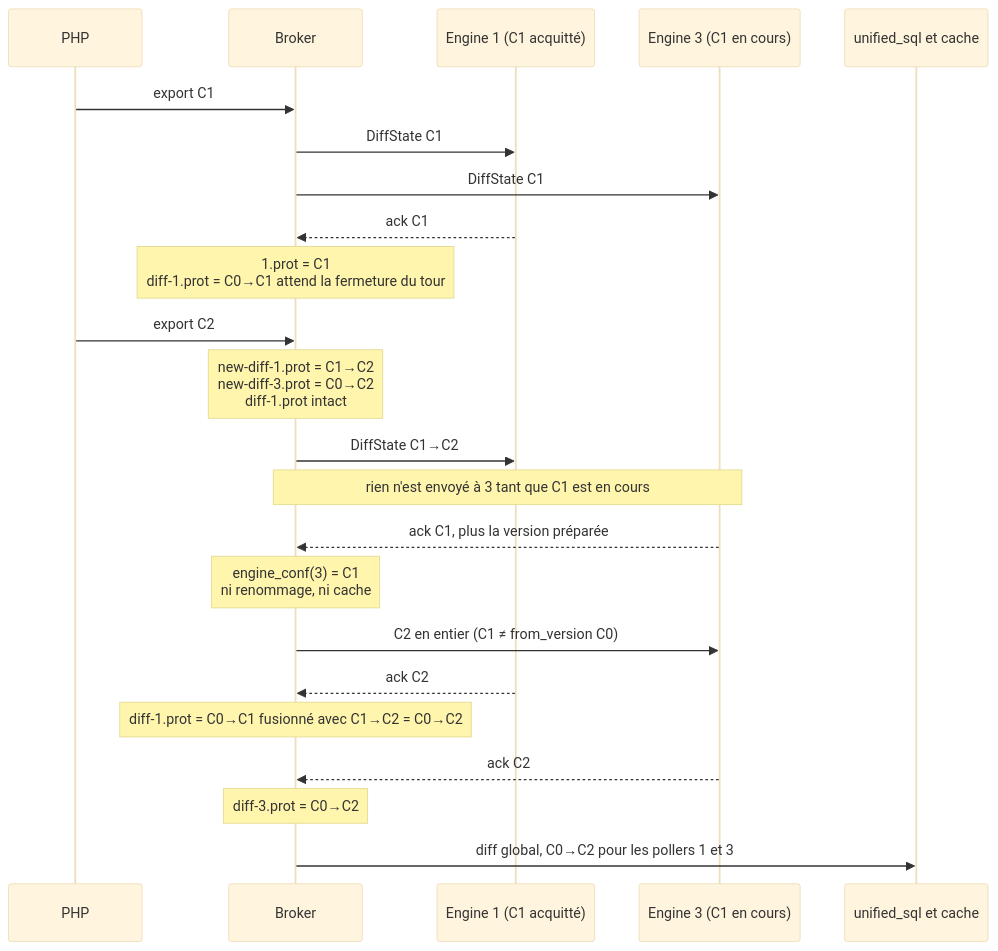
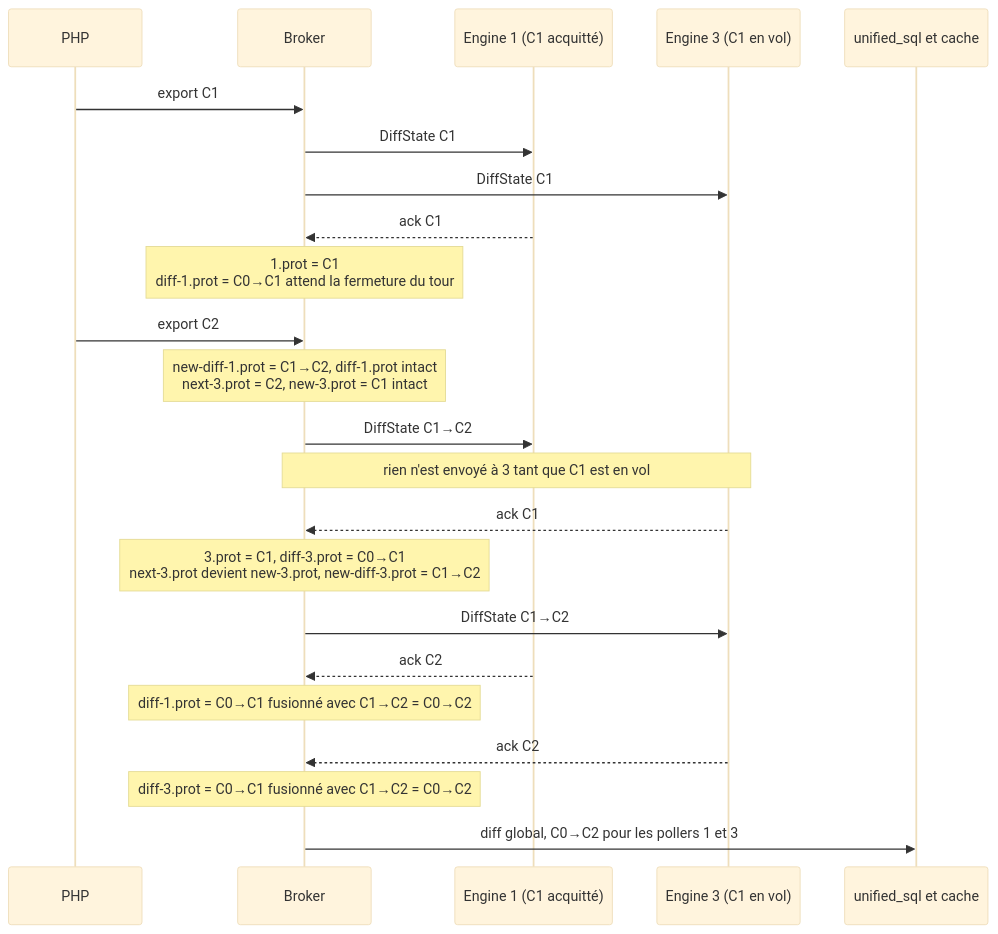
The second of 13 diagrams in doc/nego-engine-broker/02-configuration-delivery-fr.md (centreon/centreon-collect), drawn with Mermaid (base theme) before and after one commit. The commit also changed other lines of this file and 1 other file, not shown here.

Commit message:
chore(doc): nego-engine-broker, next-<ID>.prot and an export during a flight

````diff
--- a/doc/nego-engine-broker/02-configuration-delivery-fr.md
+++ b/doc/nego-engine-broker/02-configuration-delivery-fr.md
@@ -214,26 +220,26 @@
 ```mermaid
 sequenceDiagram
     participant PHP
     participant B as Broker
     participant E1 as Engine 1 (C1 acquitté)
-    participant E3 as Engine 3 (C1 en cours)
+    participant E3 as Engine 3 (C1 en vol)
     participant DB as unified_sql et cache
 
     PHP ->> B: export C1
     B ->> E1: DiffState C1
     B ->> E3: DiffState C1
     E1 -->> B: ack C1
     Note over B: 1.prot = C1<br/>diff-1.prot = C0→C1 attend la fermeture du tour
     PHP ->> B: export C2
-    Note over B: new-diff-1.prot = C1→C2<br/>new-diff-3.prot = C0→C2<br/>diff-1.prot intact
+    Note over B: new-diff-1.prot = C1→C2, diff-1.prot intact<br/>next-3.prot = C2, new-3.prot = C1 intact
     B ->> E1: DiffState C1→C2
-    Note over B,E3: rien n'est envoyé à 3 tant que C1 est en cours
-    E3 -->> B: ack C1, plus la version préparée
-    Note over B: engine_conf(3) = C1<br/>ni renommage, ni cache
-    B ->> E3: C2 en entier (C1 ≠ from_version C0)
+    Note over B,E3: rien n'est envoyé à 3 tant que C1 est en vol
+    E3 -->> B: ack C1
+    Note over B: 3.prot = C1, diff-3.prot = C0→C1<br/>next-3.prot devient new-3.prot, new-diff-3.prot = C1→C2
+    B ->> E3: DiffState C1→C2
     E1 -->> B: ack C2
     Note over B: diff-1.prot = C0→C1 fusionné avec C1→C2 = C0→C2
     E3 -->> B: ack C2
-    Note over B: diff-3.prot = C0→C2
+    Note over B: diff-3.prot = C0→C1 fusionné avec C1→C2 = C0→C2
     B ->> DB: diff global, C0→C2 pour les pollers 1 et 3
 ```
````
